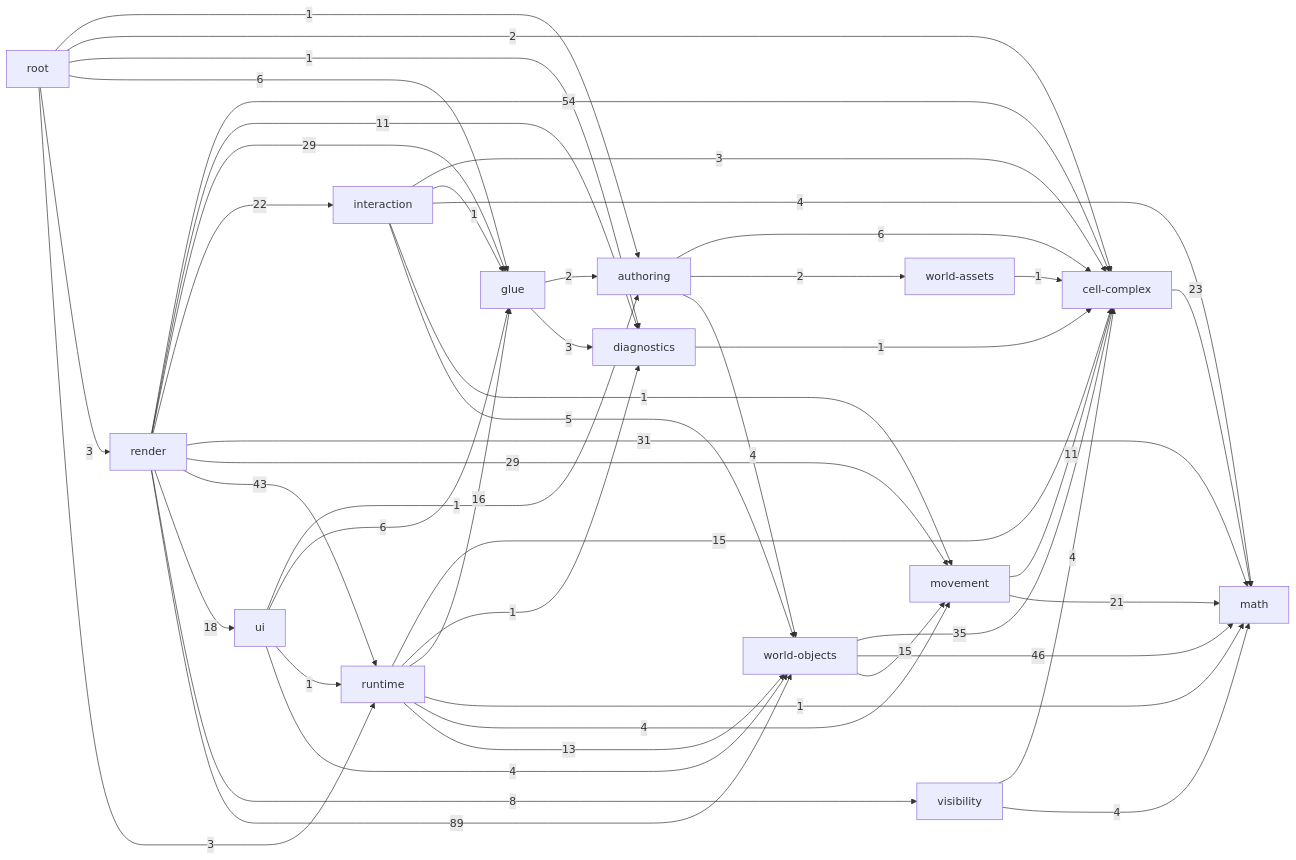
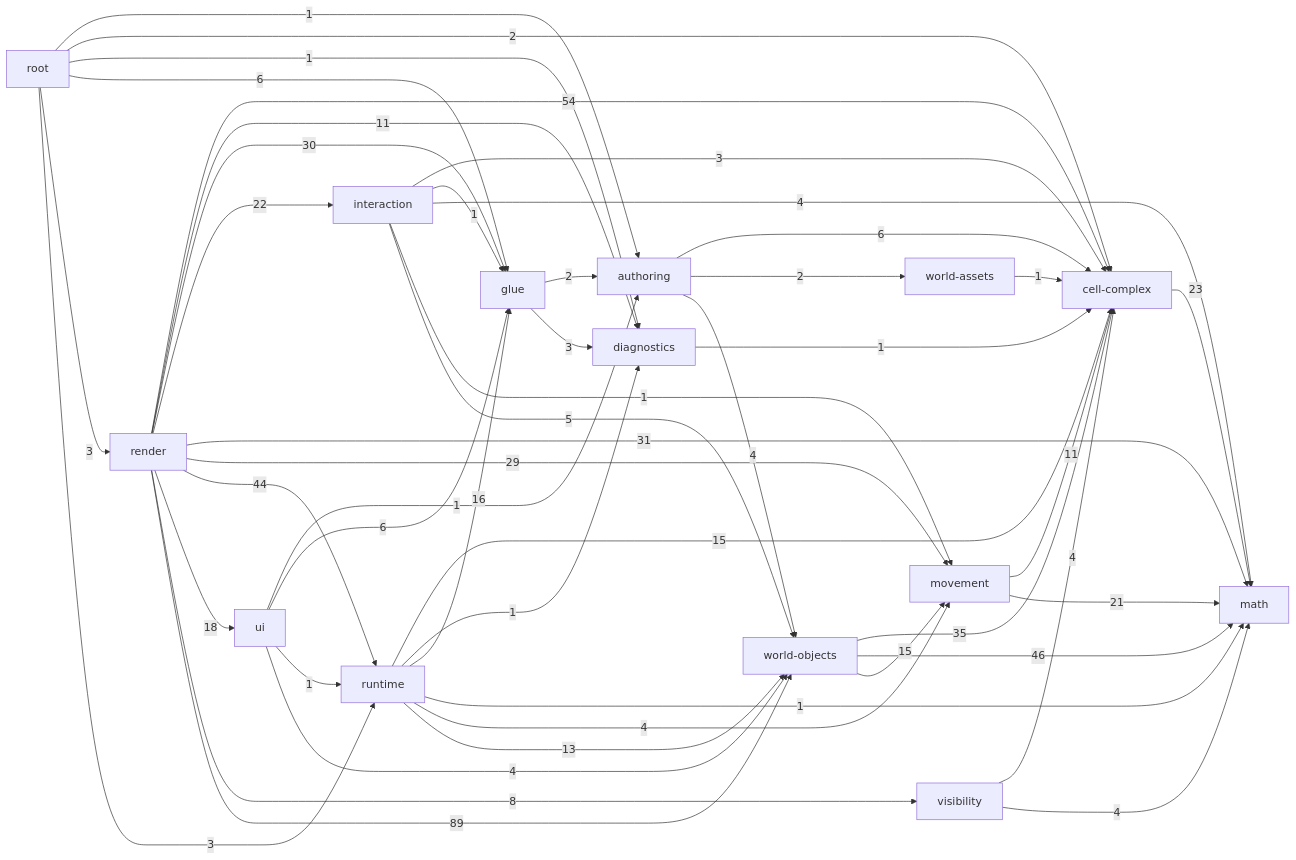
The diagram in _docs/generated/ARCHITECTURE_REFERENCE.md (guraltsev/noneuclid-fpv), drawn with Mermaid before and after one commit. The commit also changed other lines of this file and 6 other files, not shown here.

````diff
--- a/_docs/generated/ARCHITECTURE_REFERENCE.md
+++ b/_docs/generated/ARCHITECTURE_REFERENCE.md
@@ -35,63 +35,63 @@
 ```mermaid
 flowchart LR
   math["math"]
   cell_complex["cell-complex"]
   diagnostics["diagnostics"]
   visibility["visibility"]
   movement["movement"]
   world_assets["world-assets"]
   world_objects["world-objects"]
   authoring["authoring"]
   glue["glue"]
   interaction["interaction"]
   runtime["runtime"]
   ui["ui"]
   render["render"]
   root["root"]
   authoring -->|6| cell_complex
   authoring -->|2| world_assets
   authoring -->|4| world_objects
   cell_complex -->|23| math
   diagnostics -->|1| cell_complex
   glue -->|2| authoring
   glue -->|3| diagnostics
   interaction -->|3| cell_complex
   interaction -->|1| glue
   interaction -->|4| math
   interaction -->|1| movement
   interaction -->|5| world_objects
   movement -->|11| cell_complex
   movement -->|21| math
   render -->|54| cell_complex
   render -->|11| diagnostics
-  render -->|29| glue
+  render -->|30| glue
   render -->|22| interaction
   render -->|31| math
   render -->|29| movement
-  render -->|43| runtime
+  render -->|44| runtime
   render -->|18| ui
   render -->|8| visibility
   render -->|89| world_objects
   root -->|1| authoring
   root -->|2| cell_complex
   root -->|1| diagnostics
   root -->|6| glue
   root -->|3| render
   root -->|3| runtime
   runtime -->|15| cell_complex
   runtime -->|1| diagnostics
   runtime -->|16| glue
   runtime -->|1| math
   runtime -->|4| movement
   runtime -->|13| world_objects
   ui -->|1| authoring
   ui -->|6| glue
   ui -->|1| runtime
   ui -->|4| world_objects
   visibility -->|4| cell_complex
   visibility -->|4| math
   world_assets -->|1| cell_complex
   world_objects -->|35| cell_complex
   world_objects -->|46| math
   world_objects -->|15| movement
 ```
````
